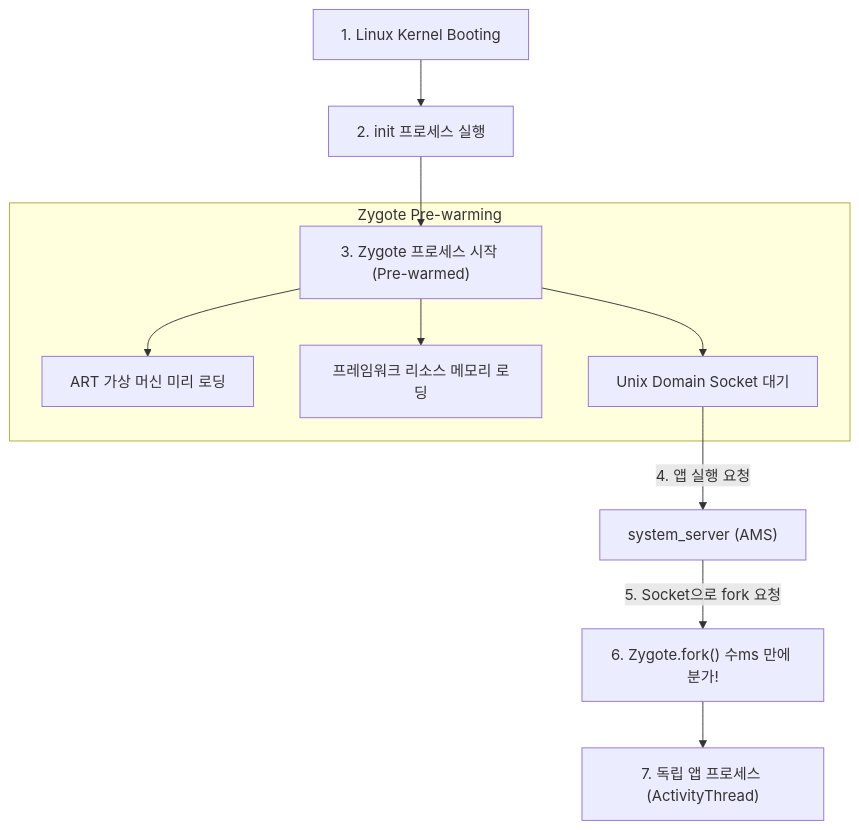
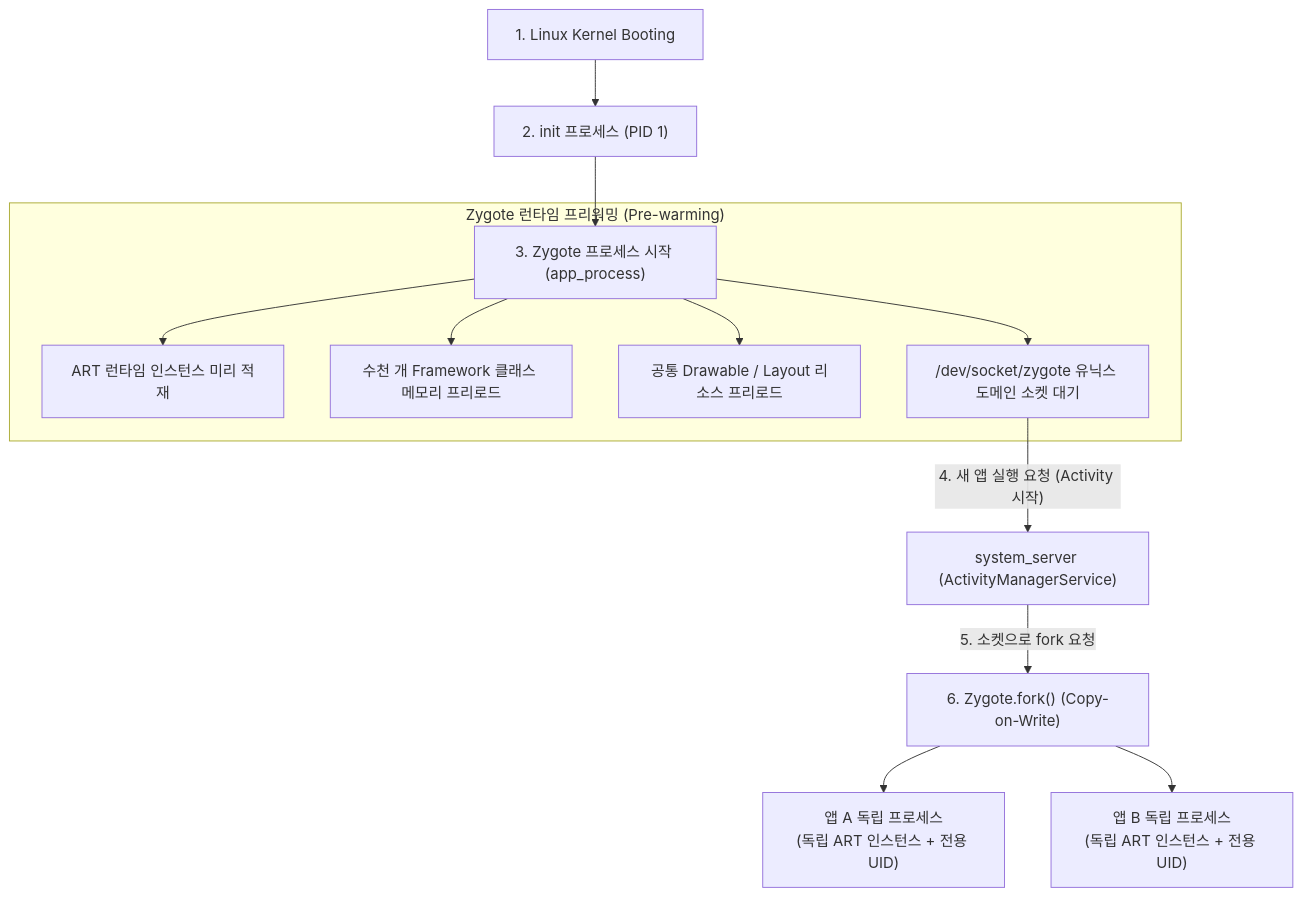
The diagram in 01_inbox/mobile/android/01_system_internals/zygote.md (youngmin-gwon/what-i-studied), drawn with Mermaid before and after one commit. The commit also changed other lines of this file and 5 other files, not shown here.

````diff
--- a/01_inbox/mobile/android/01_system_internals/zygote.md
+++ b/01_inbox/mobile/android/01_system_internals/zygote.md
@@ -15,15 +19,18 @@
 ```mermaid
-graph TD
-    Kernel["1. Linux Kernel Booting"] --> Init["2. init 프로세스 실행"]
-    Init --> ZygoteInit["3. Zygote 프로세스 시작 (Pre-warmed)"]
+flowchart TD
+    Kernel["1. Linux Kernel Booting"] --> Init["2. init 프로세스 (PID 1)"]
+    Init --> ZygoteInit["3. Zygote 프로세스 시작 (app_process)"]
     
-    subgraph ZygoteState [Zygote Pre-warming]
-        ZygoteInit --> ART["ART 가상 머신 미리 로딩"]
-        ZygoteInit --> Resource["프레임워크 리소스 메모리 로딩"]
-        ZygoteInit --> Socket["Unix Domain Socket 대기"]
+    subgraph ZygotePrewarm ["Zygote 런타임 프리워밍 (Pre-warming)"]
+        ZygoteInit --> ARTPre["ART 런타임 인스턴스 미리 적재"]
+        ZygoteInit --> ClassPre["수천 개 Framework 클래스 메모리 프리로드"]
+        ZygoteInit --> ResPre["공통 Drawable / Layout 리소스 프리로드"]
+        ZygoteInit --> SockWait["/dev/socket/zygote 유닉스 도메인 소켓 대기"]
     end
     
-    Socket -->|"4. 앱 실행 요청"| SystemServer["system_server (AMS)"]
-    SystemServer -->|"5. Socket으로 fork 요청"| ZygoteFork["6. Zygote.fork() 수ms 만에 분가!"]
-    ZygoteFork --> AppProc["7. 독립 앱 프로세스 (ActivityThread)"]
+    SockWait -->|"4. 새 앱 실행 요청 (Activity 시작)"| AMS["system_server (ActivityManagerService)"]
+    AMS -->|"5. 소켓으로 fork 요청"| ZygoteFork["6. Zygote.fork() (Copy-on-Write)"]
+    
+    ZygoteFork --> App1["앱 A 독립 프로세스<br/>(독립 ART 인스턴스 + 전용 UID)"]
+    ZygoteFork --> App2["앱 B 독립 프로세스<br/>(독립 ART 인스턴스 + 전용 UID)"]
 ```
````
